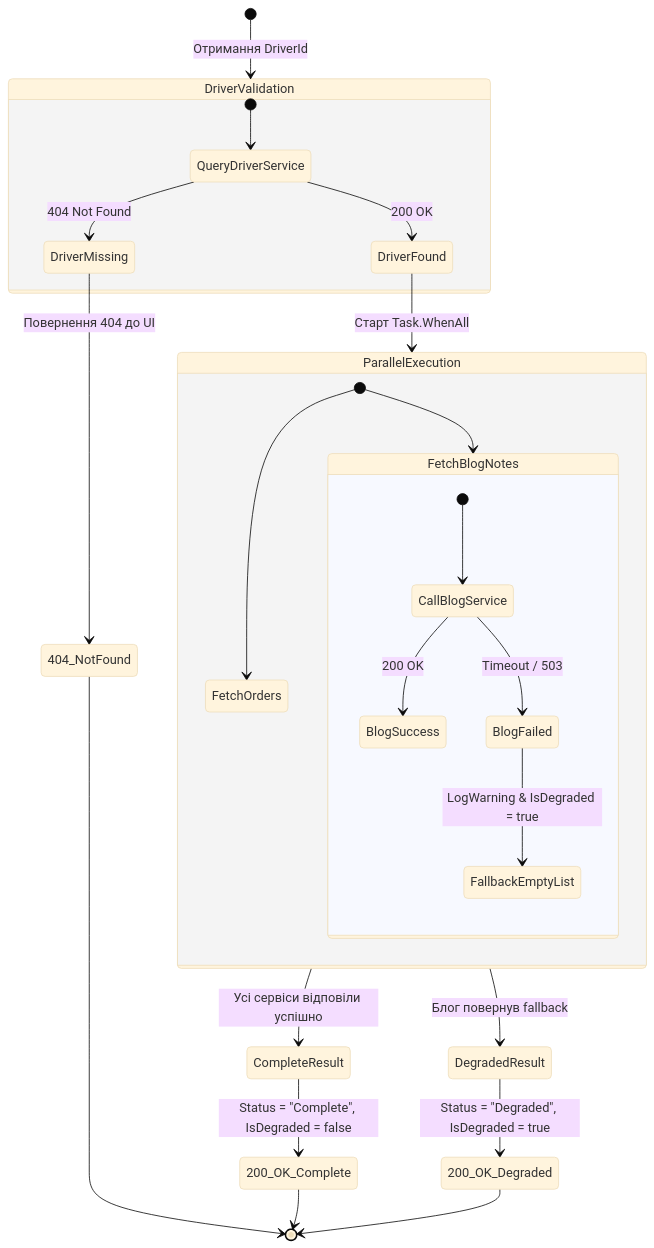
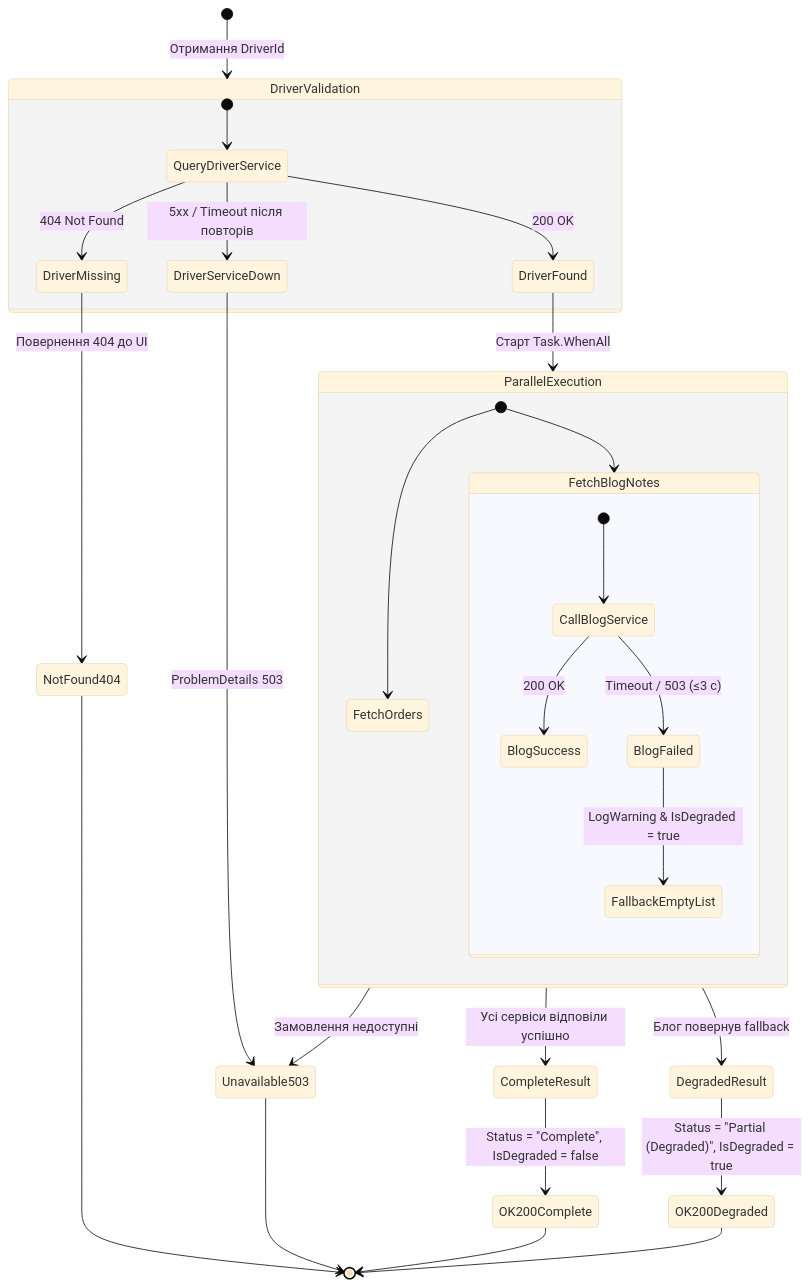
The seventh of 7 diagrams in 02-Microservices-Craftsman/02-01-Aspire-Documentation/03_HttpAggregator_Gateway_Architecture_And_Design.md (MrTomkaYurii/Demo-CargoDeliveryService), drawn with Mermaid (base theme) before and after one commit. The commit also changed other lines of this file and 227 other files, not shown here.

````diff
--- a/02-Microservices-Craftsman/02-01-Aspire-Documentation/03_HttpAggregator_Gateway_Architecture_And_Design.md
+++ b/02-Microservices-Craftsman/02-01-Aspire-Documentation/03_HttpAggregator_Gateway_Architecture_And_Design.md
@@ -474,36 +539,40 @@
 ```mermaid
 stateDiagram-v2
     [*] --> DriverValidation: Отримання DriverId
 
     state DriverValidation {
         [*] --> QueryDriverService
         QueryDriverService --> DriverFound: 200 OK
         QueryDriverService --> DriverMissing: 404 Not Found
+        QueryDriverService --> DriverServiceDown: 5xx / Timeout після повторів
     }
 
-    DriverMissing --> 404_NotFound: Повернення 404 до UI
-    404_NotFound --> [*]
+    DriverMissing --> NotFound404: Повернення 404 до UI
+    NotFound404 --> [*]
+    DriverServiceDown --> Unavailable503: ProblemDetails 503
+    Unavailable503 --> [*]
 
     DriverFound --> ParallelExecution: Старт Task.WhenAll
 
     state ParallelExecution {
         [*] --> FetchOrders
         [*] --> FetchBlogNotes
         
         state FetchBlogNotes {
             [*] --> CallBlogService
             CallBlogService --> BlogSuccess: 200 OK
-            CallBlogService --> BlogFailed: Timeout / 503
+            CallBlogService --> BlogFailed: Timeout / 503 (≤3 с)
             BlogFailed --> FallbackEmptyList: LogWarning & IsDegraded = true
         }
     }
 
     ParallelExecution --> CompleteResult: Усі сервіси відповіли успішно
     ParallelExecution --> DegradedResult: Блог повернув fallback
+    ParallelExecution --> Unavailable503: Замовлення недоступні
 
-    CompleteResult --> 200_OK_Complete: Status = "Complete", IsDegraded = false
-    DegradedResult --> 200_OK_Degraded: Status = "Degraded", IsDegraded = true
+    CompleteResult --> OK200Complete: Status = "Complete", IsDegraded = false
+    DegradedResult --> OK200Degraded: Status = "Partial (Degraded)", IsDegraded = true
 
-    200_OK_Complete --> [*]
-    200_OK_Degraded --> [*]
+    OK200Complete --> [*]
+    OK200Degraded --> [*]
 ```
````
